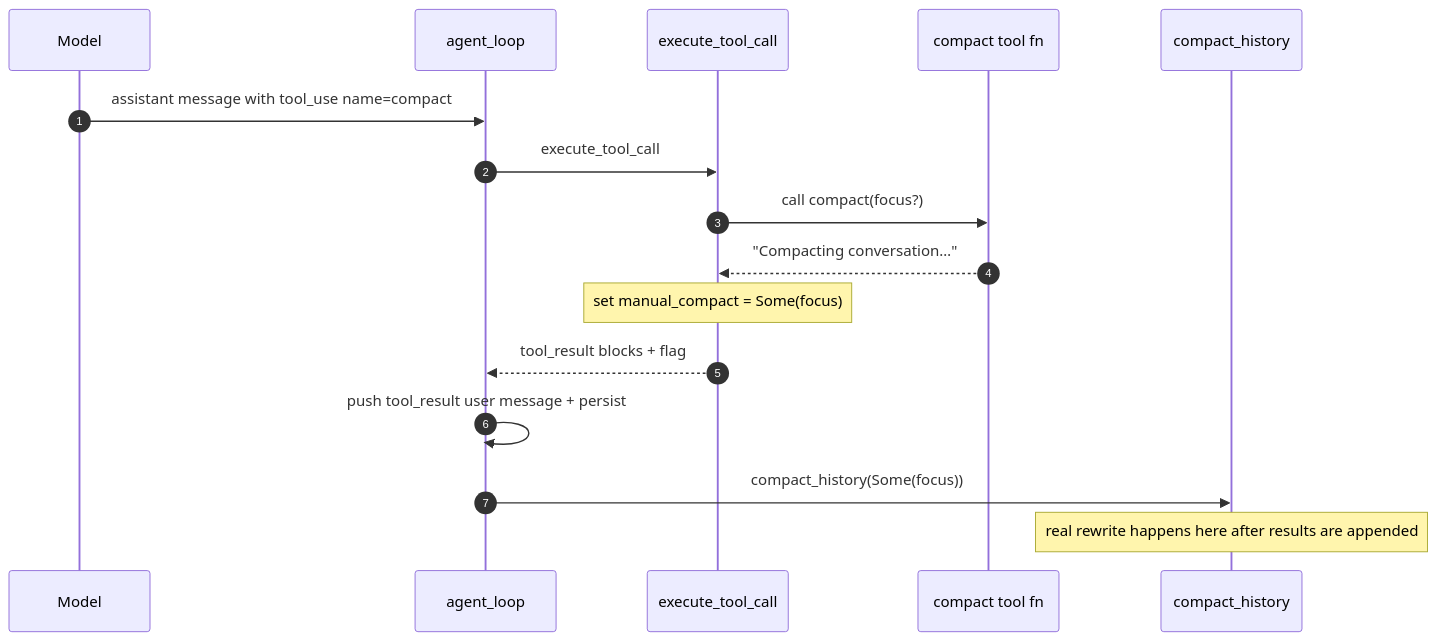
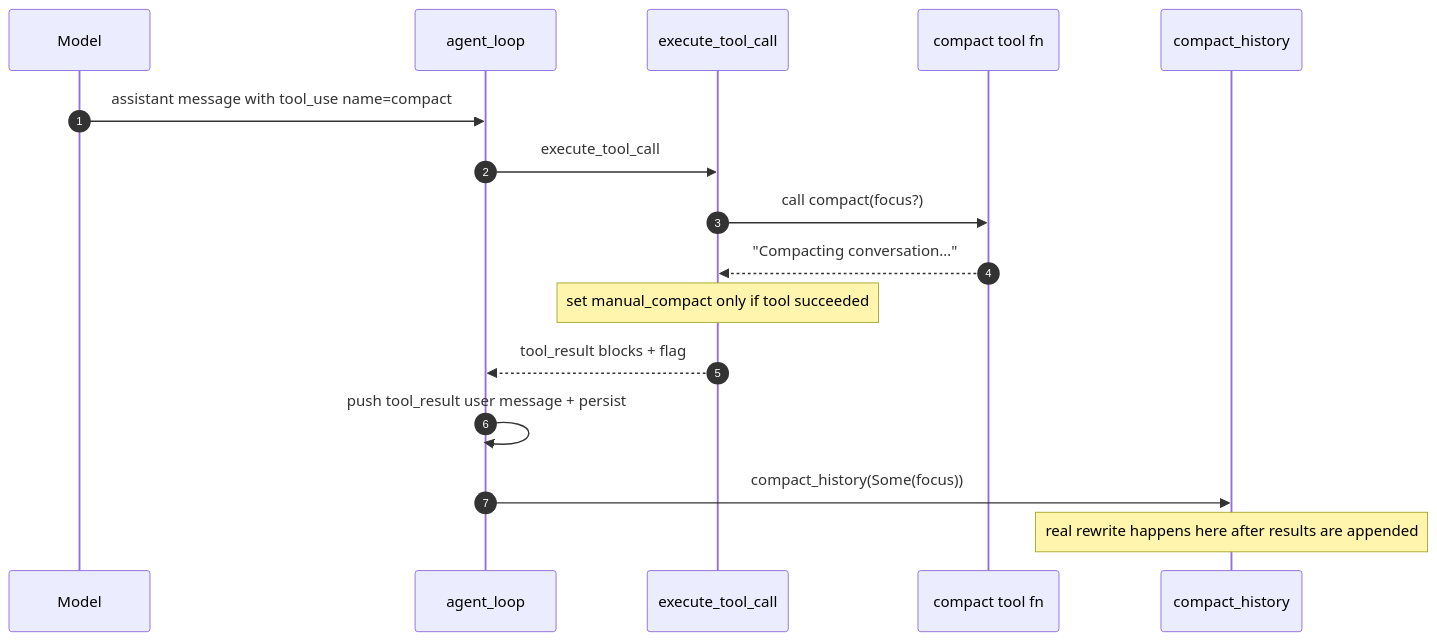
Diagram 11 of 15 in book/05_chapter_compact.md (rust-infra/tact), drawn with Mermaid before and after one commit. The commit also changed other lines of this file and 179 other files, not shown here.

````diff
--- a/book/05_chapter_compact.md
+++ b/book/05_chapter_compact.md
@@ -447,19 +460,19 @@
 ```mermaid
 sequenceDiagram
     autonumber
     participant Model
     participant AgentLoop as agent_loop
     participant Dispatch as execute_tool_call
     participant Tool as compact tool fn
     participant CH as compact_history
 
     Model->>AgentLoop: assistant message with tool_use name=compact
     AgentLoop->>Dispatch: execute_tool_call
     Dispatch->>Tool: call compact(focus?)
     Tool-->>Dispatch: "Compacting conversation…"
-    Note over Dispatch: set manual_compact = Some(focus)
+    Note over Dispatch: set manual_compact only if tool succeeded
     Dispatch-->>AgentLoop: tool_result blocks + flag
     AgentLoop->>AgentLoop: push tool_result user message + persist
     AgentLoop->>CH: compact_history(Some(focus))
     Note over CH: real rewrite happens here after results are appended
 ```
````
